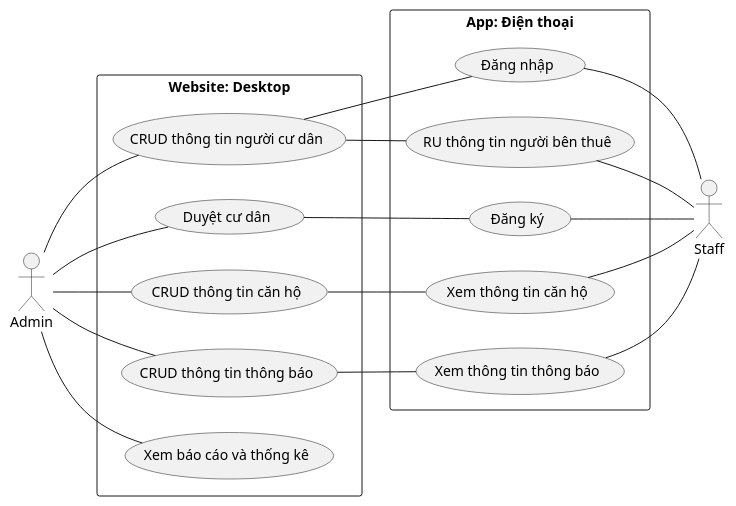
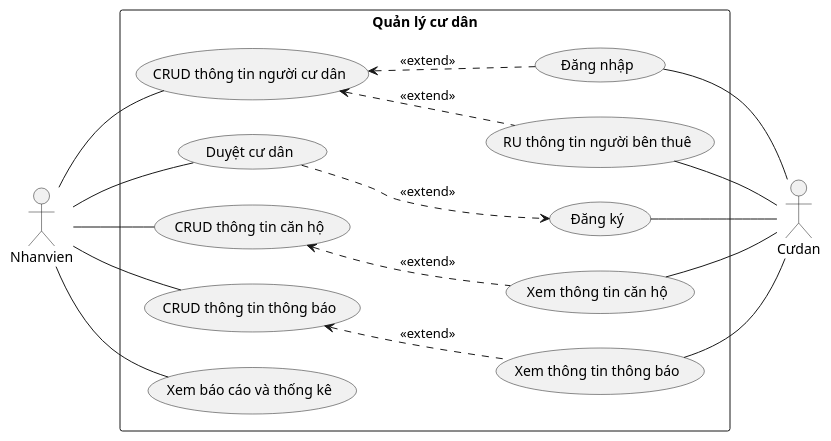
One commit to QuickyBooster/SE357-Pratice-class changed the diagram in Lab1/Lab1.2/Usecase/Quản lý cư dân.plantuml. Above: the diagram before and after it, drawn with PlantUML. The commit also changed 2 other files, not shown here.

```diff
--- a/Lab1/Lab1.2/Usecase/Quản lý cư dân.plantuml
+++ b/Lab1/Lab1.2/Usecase/Quản lý cư dân.plantuml
@@ -1,39 +1,36 @@
 @startuml
 left to right direction
 
-actor Admin as C
-actor Staff as S
-rectangle "Website: Desktop" {
+actor Nhanvien as C
+actor Cưdan as S
+rectangle "Quản lý cư dân" {
   usecase (CRUD thông tin người cư dân) as UC1
   usecase (Duyệt cư dân) as UC10
   usecase (CRUD thông tin căn hộ) as UC2
   usecase (CRUD thông tin thông báo) as UC3
   usecase (Xem báo cáo và thống kê) as UC4
-}
-
-rectangle "App: Điện thoại" {
   usecase "Đăng nhập" as UC5
   usecase "RU thông tin người bên thuê" as UC6
   usecase "Đăng ký" as UC11
   usecase "Xem thông tin căn hộ" as UC7
   usecase "Xem thông tin thông báo" as UC8
   
 }
 
 C -- UC1
 C -- UC2
 C -- UC3
 C -- UC4
 C -- UC10
 UC5 -- S
 UC6 -- S
 UC7 -- S
 UC8 -- S
 UC11 -- S
-UC1 -- UC5
-UC1 -- UC6
-UC2 -- UC7
-UC3 -- UC8
-UC10 -- UC11
+UC1 <.. UC5 :<<extend>>
+UC1 <.. UC6: <<extend>>
+UC2 <.. UC7 :<<extend>>
+UC3 <.. UC8: <<extend>>
+UC10 ..> UC11: <<extend>>
 
 @enduml
```
